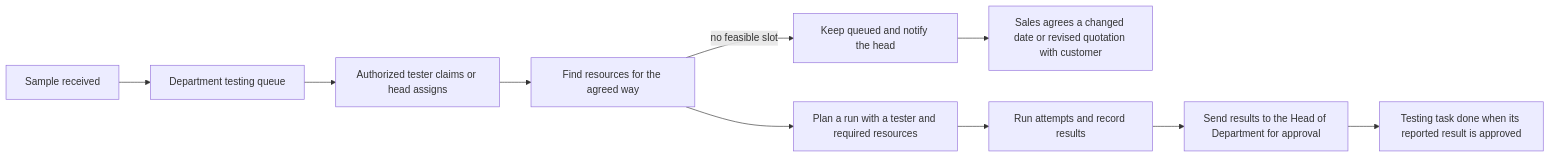
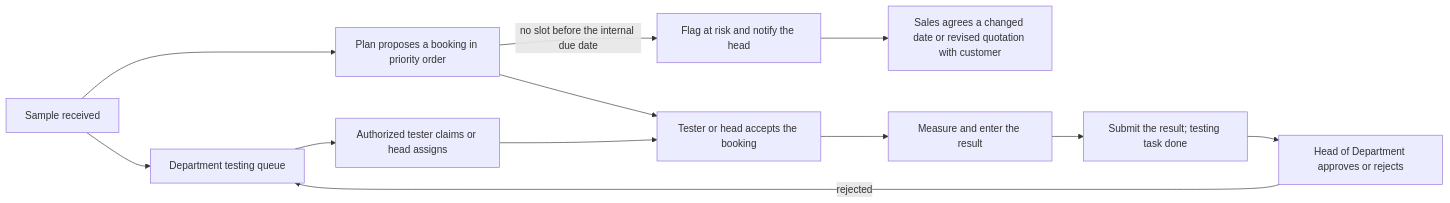
One commit to SoltuneMontepre/medilab changed the sixth of 9 diagrams in docs/functional/laboratory_module/overview.md. Above: the diagram before and after it, drawn with Mermaid. The commit also changed other lines of this file and 27 other files, not shown here.

````diff
--- a/docs/functional/laboratory_module/overview.md
+++ b/docs/functional/laboratory_module/overview.md
@@ -215,12 +218,14 @@
 ```mermaid
 flowchart LR
     received[Sample received] --> queue[Department testing queue]
     queue --> assign[Authorized tester claims or head assigns]
-    assign --> recommend[Find resources for the agreed way]
-    recommend --> book[Plan a run with a tester and required resources]
-    recommend -->|no feasible slot| risk[Keep queued and notify the head]
+    received --> plan[Plan proposes a booking in priority order]
+    plan --> accept[Tester or head accepts the booking]
+    assign --> accept
+    plan -->|no slot before the internal due date| risk[Flag at risk and notify the head]
     risk --> sales[Sales agrees a changed date or revised quotation with customer]
-    book --> test[Run attempts and record results]
-    test --> approve[Send results to the Head of Department for approval]
-    approve --> done[Testing task done when its reported result is approved]
+    accept --> test[Measure and enter the result]
+    test --> submit[Submit the result; testing task done]
+    submit --> approve[Head of Department approves or rejects]
+    approve -->|rejected| queue
 ```
````
